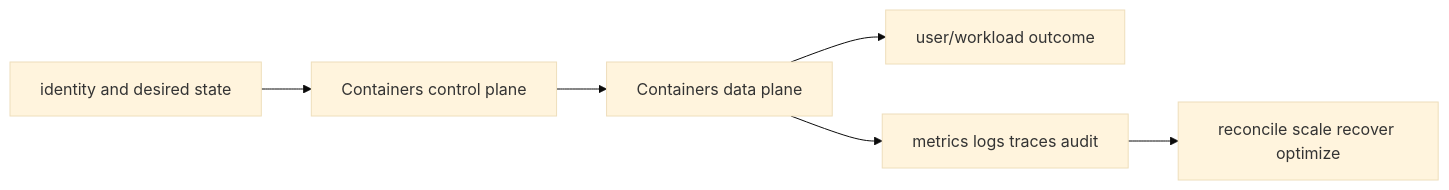
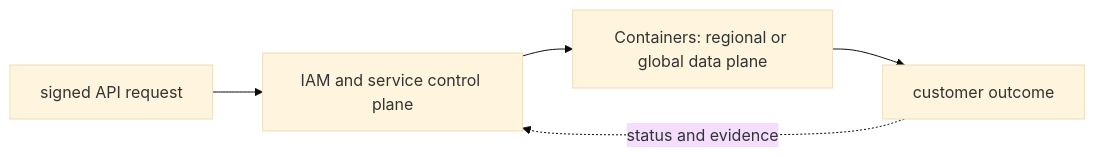
One commit to tomkidumbuyo/DevOps-interview-preparation changed the second of 2 diagrams in 07-aws/06-containers/README.md. Above: the diagram before and after it, drawn with Mermaid (base theme). The commit also changed other lines of this file and 753 other files, not shown here.

````diff
--- a/07-aws/06-containers/README.md
+++ b/07-aws/06-containers/README.md
@@ -40,8 +51,7 @@
 ```mermaid
 flowchart LR
-  I[identity and desired state] --> C[Containers control plane]
-  C --> D[Containers data plane]
-  D --> U[user/workload outcome]
-  D --> O[metrics logs traces audit]
-  O --> R[reconcile scale recover optimize]
+  A["signed API request"] --> B["IAM and service control plane"]
+  B --> C["Containers: regional or global data plane"]
+  C --> D["customer outcome"]
+  D -. "status and evidence" .-> B
 ```
````
